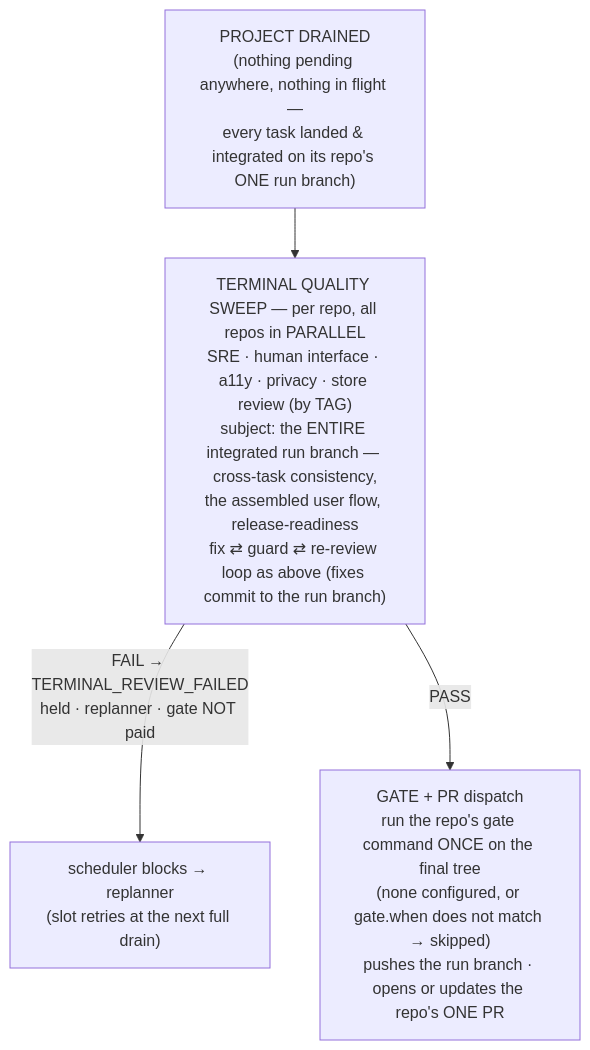
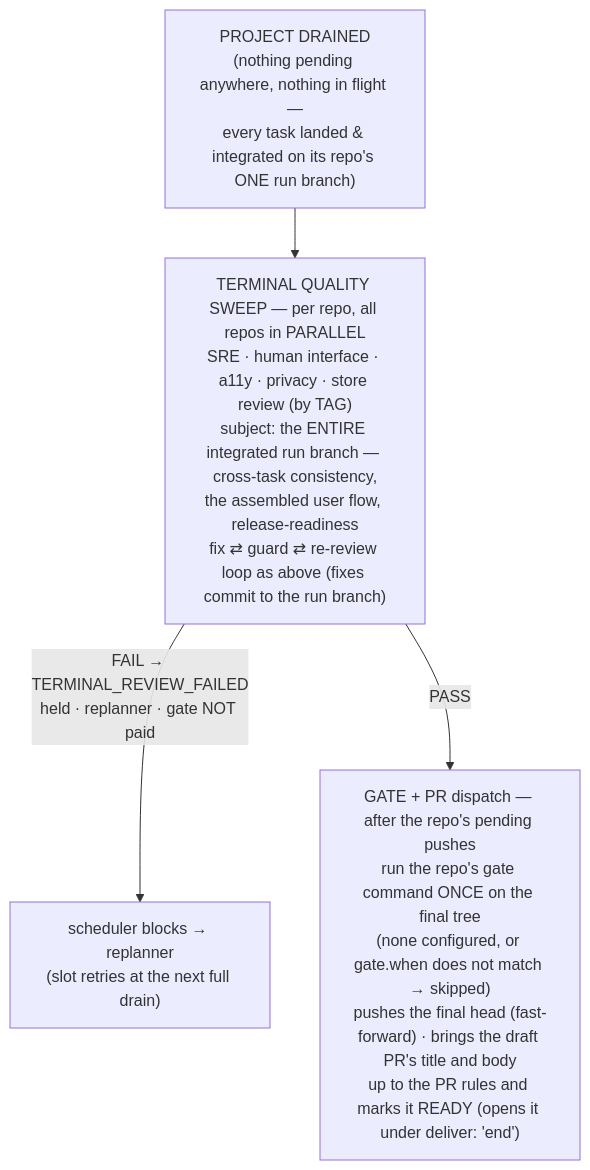
One commit to laurentlouk/grimoire changed the third of 3 diagrams in workflows/README.md. Above: the diagram before and after it, drawn with Mermaid. The commit also changed other lines of this file and 2 other files, not shown here.

First line of the commit message:
docs: run durability — knobs, flow, lifecycle, journal, resume

````diff
--- a/workflows/README.md
+++ b/workflows/README.md
@@ -202,7 +244,7 @@
 ```mermaid
 flowchart TB
     drained["PROJECT DRAINED\n(nothing pending anywhere, nothing in flight —\nevery task landed &amp; integrated on its repo's ONE run branch)"]
     drained --> sweep["TERMINAL QUALITY SWEEP — per repo, all repos in PARALLEL\nSRE · human interface · a11y · privacy · store review (by TAG)\nsubject: the ENTIRE integrated run branch — cross-task consistency,\nthe assembled user flow, release-readiness\nfix ⇄ guard ⇄ re-review loop as above (fixes commit to the run branch)"]
     sweep -- "FAIL → TERMINAL_REVIEW_FAILED\nheld · replanner · gate NOT paid" --> replan["scheduler blocks → replanner\n(slot retries at the next full drain)"]
-    sweep -- "PASS" --> gate["GATE + PR dispatch\nrun the repo's gate command ONCE on the final tree\n(none configured, or gate.when does not match → skipped)\npushes the run branch · opens or updates the repo's ONE PR"]
+    sweep -- "PASS" --> gate["GATE + PR dispatch — after the repo's pending pushes\nrun the repo's gate command ONCE on the final tree\n(none configured, or gate.when does not match → skipped)\npushes the final head (fast-forward) · brings the draft PR's title and body\nup to the PR rules and marks it READY (opens it under deliver: 'end')"]
 ```
````
